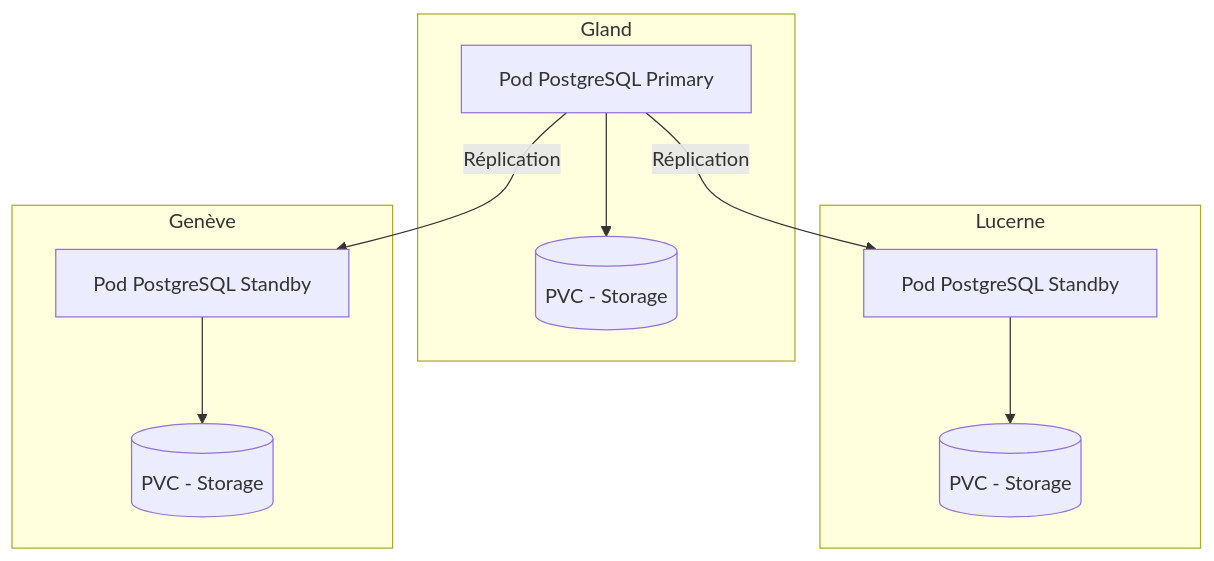
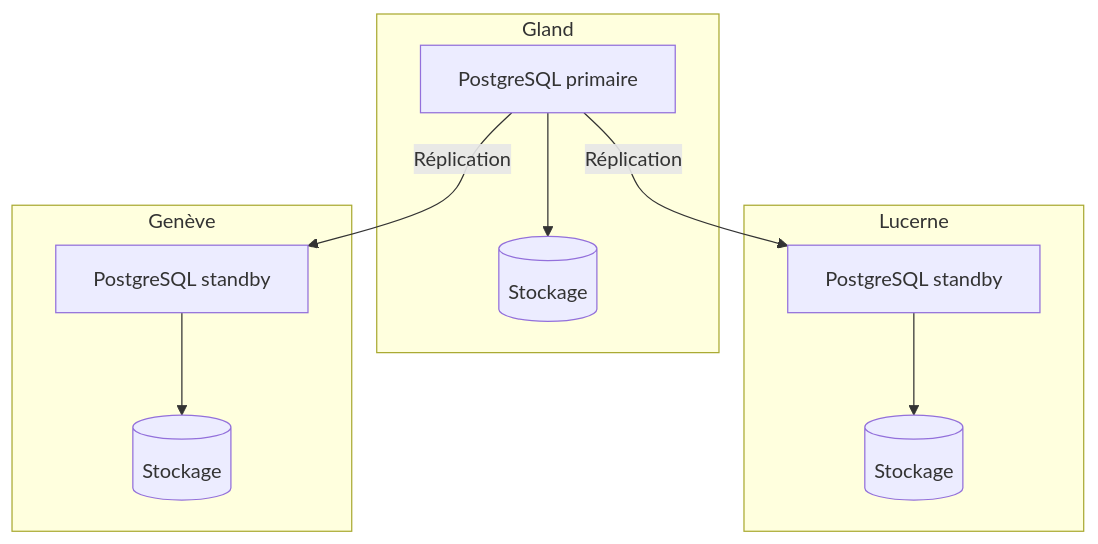
One commit to HidoraSwiss/hikube-public-doc changed the diagram in docs/services/databases/postgresql/overview.md. Above: the diagram before and after it, drawn with Mermaid. The commit also changed other lines of this file and 59 other files, not shown here.

Commit message:
docs(databases): console pour PostgreSQL et Redis, MySQL renommé MariaDB, ajout de MongoDB

````diff
--- a/docs/services/databases/postgresql/overview.md
+++ b/docs/services/databases/postgresql/overview.md
@@ -31,17 +31,17 @@
 ```mermaid
 graph TD
     subgraph Gland
-        P1[Pod PostgreSQL Primary] --> PVC1[(PVC - Storage)]
+        P1[PostgreSQL primaire] --> PVC1[(Stockage)]
     end
 
     subgraph Lucerne
-        P2[Pod PostgreSQL Standby] --> PVC2[(PVC - Storage)]
+        P2[PostgreSQL standby] --> PVC2[(Stockage)]
     end
 
     subgraph Genève
-        P3[Pod PostgreSQL Standby] --> PVC3[(PVC - Storage)]
+        P3[PostgreSQL standby] --> PVC3[(Stockage)]
     end
 
     P1 -->|Réplication| P2
     P1 -->|Réplication| P3
 ```
````
